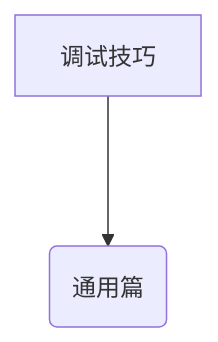
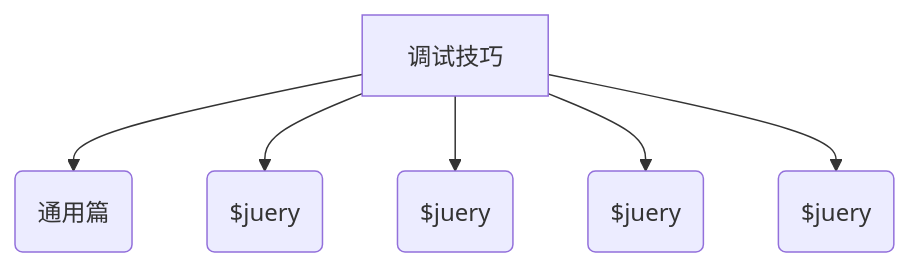
One commit to mofenusers/mention changed the diagram in 前端知识/运行环境/浏览器/console调试技巧md.md. Above: the diagram before and after it, drawn with Mermaid. The commit also changed other lines of this file, not shown here.

Commit message:
auto sync by git

````diff
--- a/前端知识/运行环境/浏览器/console调试技巧md.md
+++ b/前端知识/运行环境/浏览器/console调试技巧md.md
@@ -5,4 +6,9 @@
 ```mermaid
 graph TD
-A[调试技巧] ---> B(通用篇)
+A[调试技巧] -->B(通用篇)
+A --> C($juery)
+A --> D($juery)
+A --> E($juery)
+A --> F($juery)
+
 ```
````
